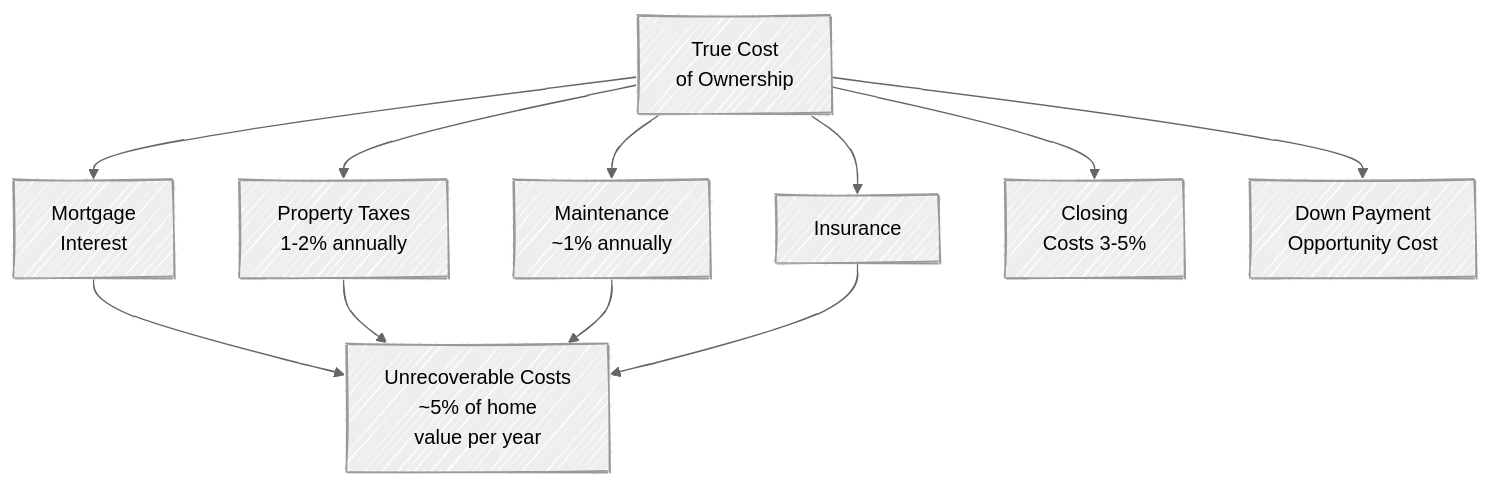
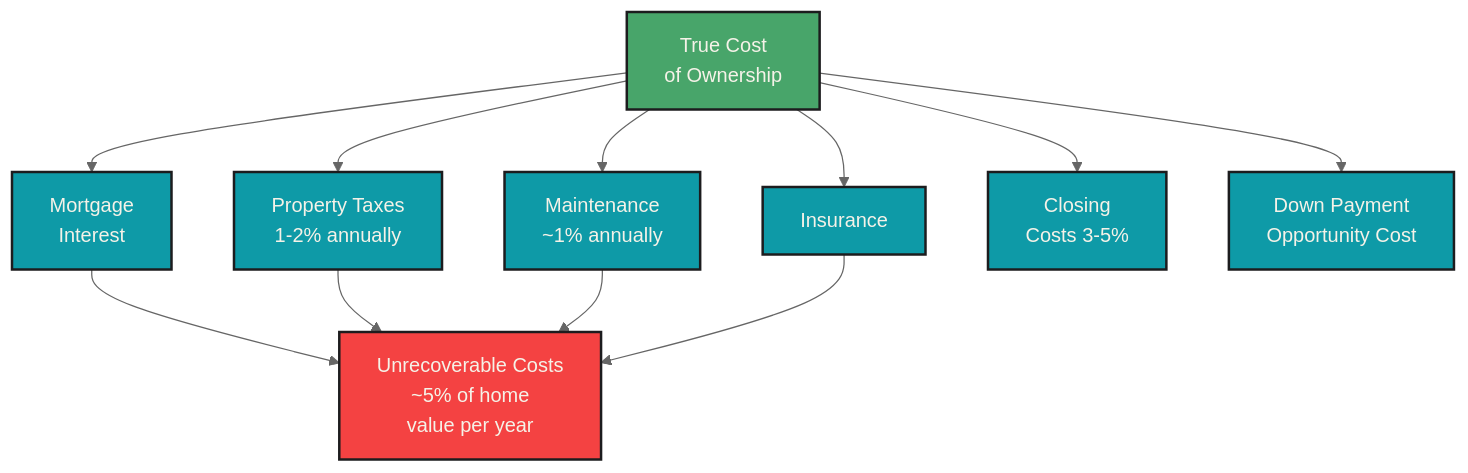
One commit to mjfrigaard/fm-finance changed the diagram in major_purchases.qmd. Above: the diagram before and after it, drawn with Mermaid. The commit also changed 5 other files, not shown here.

Commit message:
updates to mermaid

````diff
--- a/major_purchases.qmd
+++ b/major_purchases.qmd
@@ -36,18 +36,26 @@
 ```{mermaid}
 %%| fig-cap: 'Home Ownership'
 %%| fig-align: center
-%%{init: {'theme': 'neutral', 'look': 'handDrawn', 'themeVariables': { 'fontFamily': 'monospace', "fontSize":"16px"}}}%%
+%%{init: {'theme': 'neutral', 'themeVariables': { 'fontFamily': 'monospace', "fontSize":"16px"}}}%%
 
 flowchart TD
     HomeCosts[True Cost<br>of Ownership] --> Mortgage[Mortgage<br>Interest]
     HomeCosts --> PropTax[Property Taxes<br>1-2% annually]
     HomeCosts --> Maintenance[Maintenance<br>~1% annually]
     HomeCosts --> Insurance[Insurance]
     HomeCosts --> Closing[Closing<br>Costs 3-5%]
     HomeCosts --> Opportunity2[Down Payment<br>Opportunity Cost]
 
     Mortgage --> UnrecovCost[Unrecoverable Costs<br>~5% of home<br>value per year]
     PropTax --> UnrecovCost
     Maintenance --> UnrecovCost
     Insurance --> UnrecovCost
+    style HomeCosts fill:#48a56a,color:#F5F2E8,stroke:#1C1C1E,stroke-width:2px
+    style Mortgage fill:#0e9aa7,color:#F5F2E8,stroke:#1C1C1E,stroke-width:2px
+    style PropTax fill:#0e9aa7,color:#F5F2E8,stroke:#1C1C1E,stroke-width:2px
+    style Maintenance fill:#0e9aa7,color:#F5F2E8,stroke:#1C1C1E,stroke-width:2px
+    style Insurance fill:#0e9aa7,color:#F5F2E8,stroke:#1C1C1E,stroke-width:2px
+    style Closing fill:#0e9aa7,color:#F5F2E8,stroke:#1C1C1E,stroke-width:2px
+    style Opportunity2 fill:#0e9aa7,color:#F5F2E8,stroke:#1C1C1E,stroke-width:2px
+    style UnrecovCost fill:#f44242,color:#F5F2E8,stroke:#1C1C1E,stroke-width:2px
 ```
````
